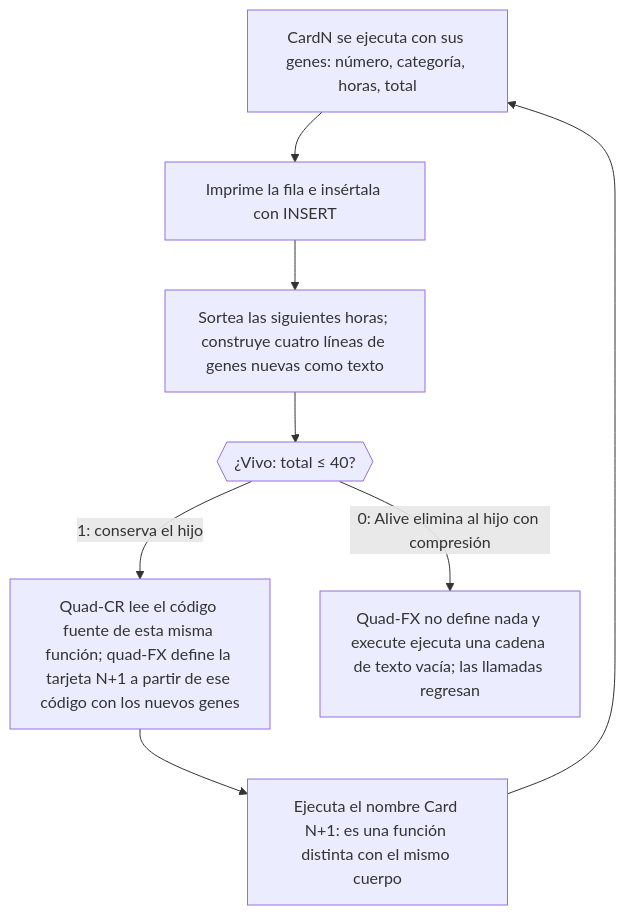
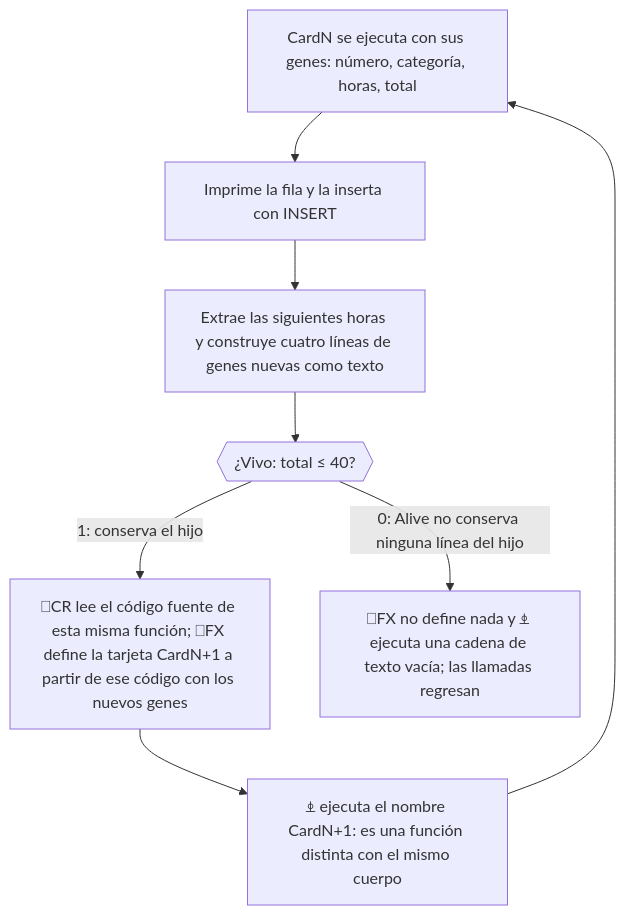
Before and after one commit to dullroar/aprende-a-programar-como-un-bicho-raro: the second of 2 diagrams in lessons/guias-de-estudio/lenguajes/apl.md, drawn with Mermaid. The commit also changed other lines of this file and 8 other files, not shown here.

````diff
--- a/lessons/guias-de-estudio/lenguajes/apl.md
+++ b/lessons/guias-de-estudio/lenguajes/apl.md
@@ -78,12 +78,12 @@
 ```mermaid
 flowchart TD
     accTitle: apl-weird: cada función de tarjeta escribe y llama a la siguiente
-    accDescr: Un diagrama de flujo. La función Card0 se ejecuta con sus genes: el número de tarjeta, la categoría, las horas y el total acumulado. Imprime su fila y la inserta en SQLite. Sortea las siguientes horas y construye como texto las cuatro líneas de genes de la siguiente tarjeta. Un booleano Alive vale 1 mientras el total no pasa de 40. Después, la función toma su propio código fuente con la función quad-CR, reemplaza el encabezado y los genes, y descarta todo el hijo mediante compresión con Alive. La función quad-FX define una función nueva, Card1, con lo que queda, o no define nada. Después, al ejecutar el nombre, también comprimido por Alive, se llama a Card1, que hace los mismos pasos. Cuando Alive es 0, no se escribe ni se llama nada, y la cadena de llamadas retorna.
-    A["CardN se ejecuta con sus genes: número, categoría, horas, total"] --> B["Imprime la fila e insértala con INSERT"]
-    B --> C["Sortea las siguientes horas; construye cuatro líneas de genes nuevas como texto"]
+    accDescr: Un diagrama de flujo. La función Card0 se ejecuta con sus genes: el número de tarjeta, la categoría, las horas y el total acumulado. Imprime su fila y la inserta en SQLite. Extrae las siguientes horas y construye como texto las cuatro líneas de genes de la siguiente tarjeta. Un booleano Alive vale 1 mientras el total no pasa de 40. Después, la función toma su propio código fuente con ⎕CR, que devuelve la representación canónica de una función. Reemplaza el encabezado y los genes, y comprime el texto del hijo con Alive, que conserva todas sus líneas o ninguna. ⎕FX define una función nueva, Card1, con lo que queda, o no define nada. Después, ⍎ ejecuta el nombre, también comprimido por Alive, así que llama a Card1, que hace los mismos pasos. Cuando Alive es 0, no se escribe ni se llama nada, y la cadena de llamadas retorna.
+    A["CardN se ejecuta con sus genes: número, categoría, horas, total"] --> B["Imprime la fila y la inserta con INSERT"]
+    B --> C["Extrae las siguientes horas y construye cuatro líneas de genes nuevas como texto"]
     C --> D{{"¿Vivo: total ≤ 40?"}}
-    D -->|"1: conserva el hijo"| E["Quad-CR lee el código fuente de esta misma función; quad-FX define la tarjeta N+1 a partir de ese código con los nuevos genes"]
-    E --> F["Ejecuta el nombre Card N+1: es una función distinta con el mismo cuerpo"]
+    D -->|"1: conserva el hijo"| E["⎕CR lee el código fuente de esta misma función; ⎕FX define la tarjeta CardN+1 a partir de ese código con los nuevos genes"]
+    E --> F["⍎ ejecuta el nombre CardN+1: es una función distinta con el mismo cuerpo"]
     F --> A
-    D -->|"0: Alive elimina al hijo con compresión"| G["Quad-FX no define nada y execute ejecuta una cadena de texto vacía; las llamadas regresan"]
+    D -->|"0: Alive no conserva ninguna línea del hijo"| G["⎕FX no define nada y ⍎ ejecuta una cadena de texto vacía; las llamadas regresan"]
 ```
````
